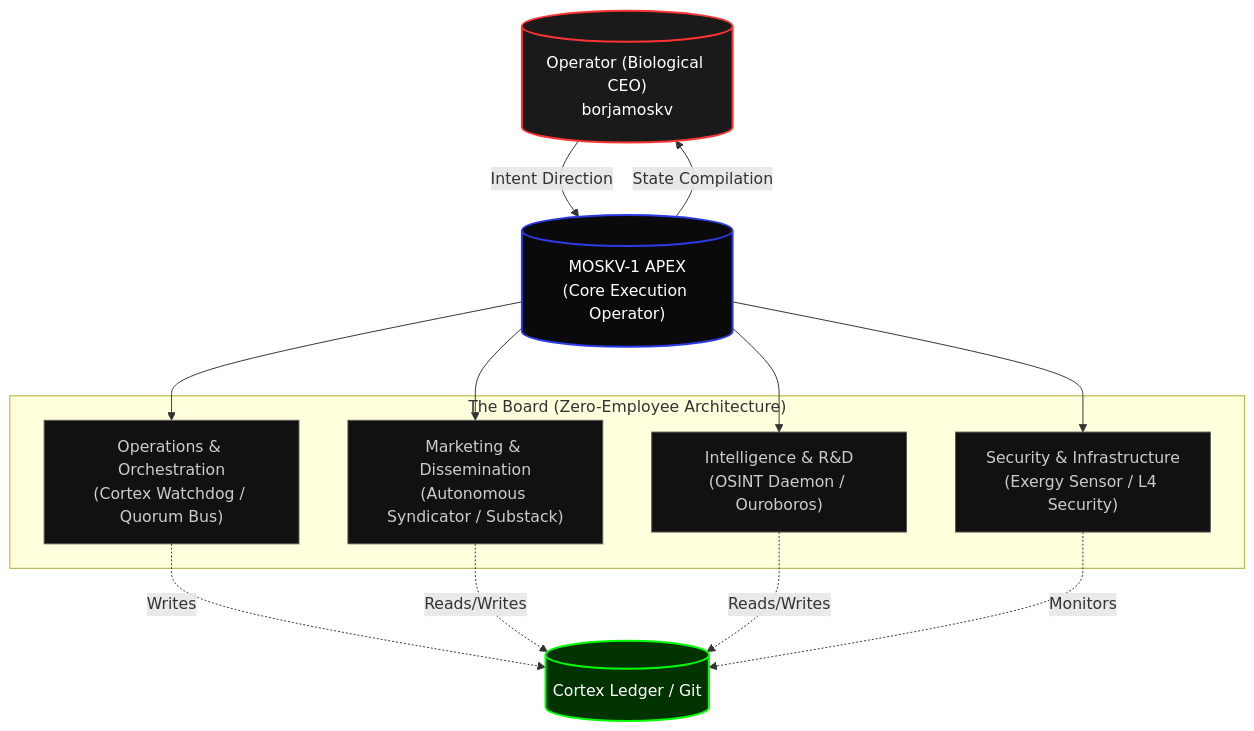
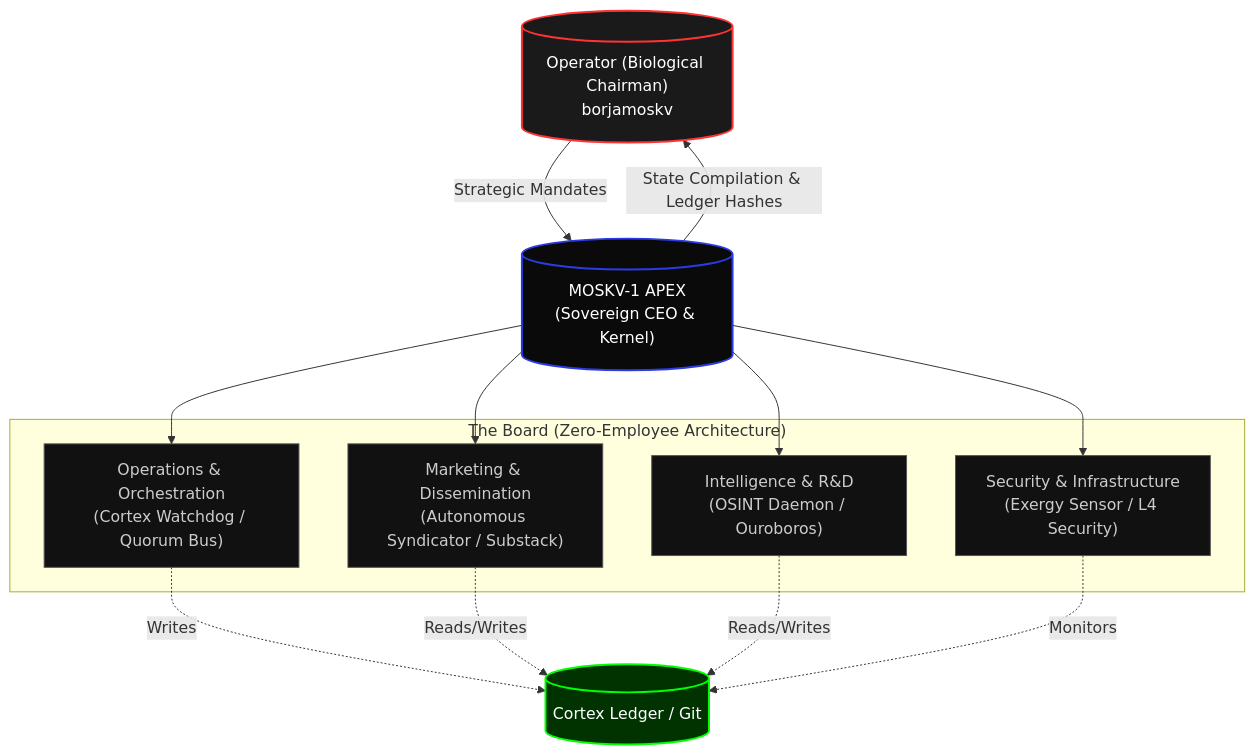
The diagram in CORTEX_EXECUTIVE_GRAPH.md (borjamoskv/moskv-1-apex), drawn with Mermaid before and after one commit.

Commit message:
docs(executive): update CORTEX executive hierarchy with MOSKV-1 APEX as CEO

````diff
--- a/CORTEX_EXECUTIVE_GRAPH.md
+++ b/CORTEX_EXECUTIVE_GRAPH.md
@@ -9,30 +9,30 @@
 ```mermaid
 graph TD
     classDef biological fill:#1a1a1a,stroke:#ff3333,stroke-width:2px,color:#fff;
     classDef kernel fill:#0a0a0a,stroke:#2b3be5,stroke-width:2px,color:#fff;
     classDef daemon fill:#111,stroke:#555,stroke-width:1px,color:#ccc;
     classDef ledger fill:#003300,stroke:#00ff00,stroke-width:2px,color:#fff;
 
-    Operator[("Operator (Biological CEO)\nborjamoskv")]:::biological
-    Apex[("MOSKV-1 APEX\n(Core Execution Operator)")]:::kernel
+    Operator[("Operator (Biological Chairman)\nborjamoskv")]:::biological
+    Apex[("MOSKV-1 APEX\n(Sovereign CEO & Kernel)")]:::kernel
 
-    Operator -->|Intent Direction| Apex
-    Apex -->|State Compilation| Operator
+    Operator -->|Strategic Mandates| Apex
+    Apex -->|State Compilation & Ledger Hashes| Operator
 
     subgraph "The Board (Zero-Employee Architecture)"
         Operations["Operations & Orchestration\n(Cortex Watchdog / Quorum Bus)"]:::daemon
         Marketing["Marketing & Dissemination\n(Autonomous Syndicator / Substack)"]:::daemon
         Intelligence["Intelligence & R&D\n(OSINT Daemon / Ouroboros)"]:::daemon
         Defense["Security & Infrastructure\n(Exergy Sensor / L4 Security)"]:::daemon
     end
 
     Apex --> Operations
     Apex --> Marketing
     Apex --> Intelligence
     Apex --> Defense
 
     Operations -.-> |Writes| Ledger[(Cortex Ledger / Git)]:::ledger
     Marketing -.-> |Reads/Writes| Ledger
     Intelligence -.-> |Reads/Writes| Ledger
     Defense -.-> |Monitors| Ledger
 ```
````
